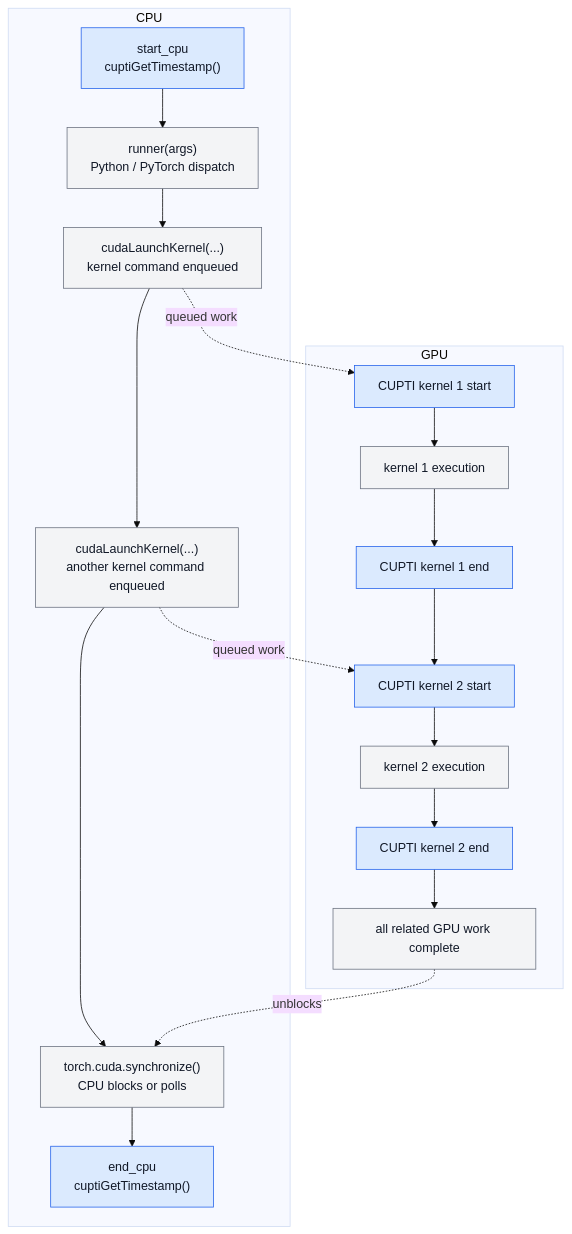
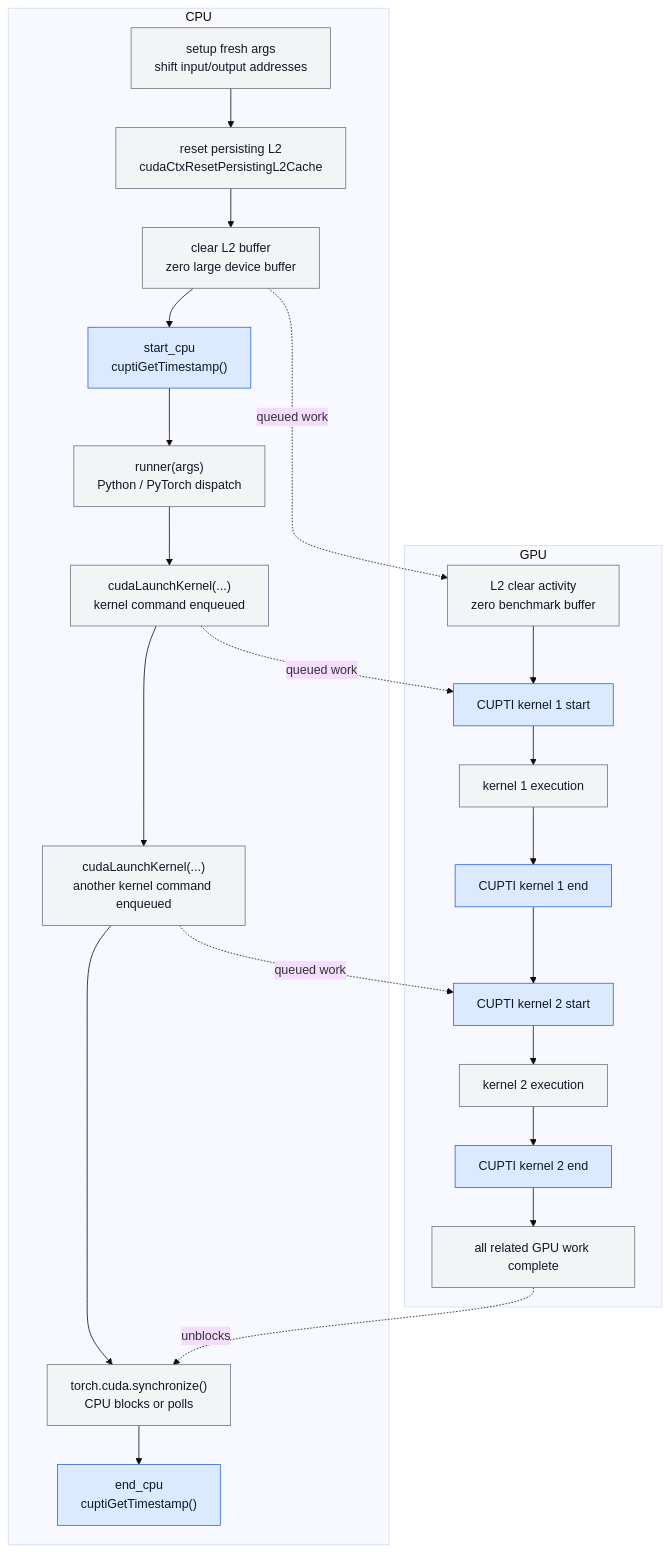
The third of 4 diagrams in plans/archive/benchmark-methods-survey-note-cn.md (superAngGao/tileops-operator-design-plans), drawn with Mermaid (base theme) before and after one commit. The commit also changed other lines of this file, not shown here.

Commit message:
Document SOL L2 cache clearing sequence

````diff
--- a/plans/archive/benchmark-methods-survey-note-cn.md
+++ b/plans/archive/benchmark-methods-survey-note-cn.md
@@ -195,31 +207,36 @@
 ```mermaid
 flowchart TB
     subgraph CPU["CPU"]
+        P0["setup fresh args<br/>shift input/output addresses"]:::work
+        C0["reset persisting L2<br/>cudaCtxResetPersistingL2Cache"]:::work
+        C1["clear L2 buffer<br/>zero large device buffer"]:::work
         S0["start_cpu<br/>cuptiGetTimestamp()"]:::cupti
         R0["runner(args)<br/>Python / PyTorch dispatch"]:::work
         L0["cudaLaunchKernel(...)<br/>kernel command enqueued"]:::work
         L1["cudaLaunchKernel(...)<br/>another kernel command enqueued"]:::work
         SY0["torch.cuda.synchronize()<br/>CPU blocks or polls"]:::work
         S1["end_cpu<br/>cuptiGetTimestamp()"]:::cupti
     end
 
     subgraph GPU["GPU"]
+        CL0["L2 clear activity<br/>zero benchmark buffer"]:::work
         K0["CUPTI kernel 1 start"]:::cupti
         X0["kernel 1 execution"]:::work
         K1["CUPTI kernel 1 end"]:::cupti
         K2["CUPTI kernel 2 start"]:::cupti
         X1["kernel 2 execution"]:::work
         K3["CUPTI kernel 2 end"]:::cupti
         D0["all related GPU work complete"]:::work
     end
 
-    S0 --> R0 --> L0 --> L1 --> SY0 --> S1
+    P0 --> C0 --> C1 --> S0 --> R0 --> L0 --> L1 --> SY0 --> S1
+    C1 -. queued work .-> CL0 --> K0
     L0 -. queued work .-> K0 --> X0 --> K1 --> K2 --> X1 --> K3 --> D0
     L1 -. queued work .-> K2
     D0 -. unblocks .-> SY0
 
     classDef cupti fill:#DBEAFE,stroke:#2563EB,color:#111827
     classDef event fill:#FEF3C7,stroke:#D97706,color:#111827
     classDef cpuwall fill:#DCFCE7,stroke:#16A34A,color:#111827
     classDef work fill:#F3F4F6,stroke:#6B7280,color:#111827
 ```
````
